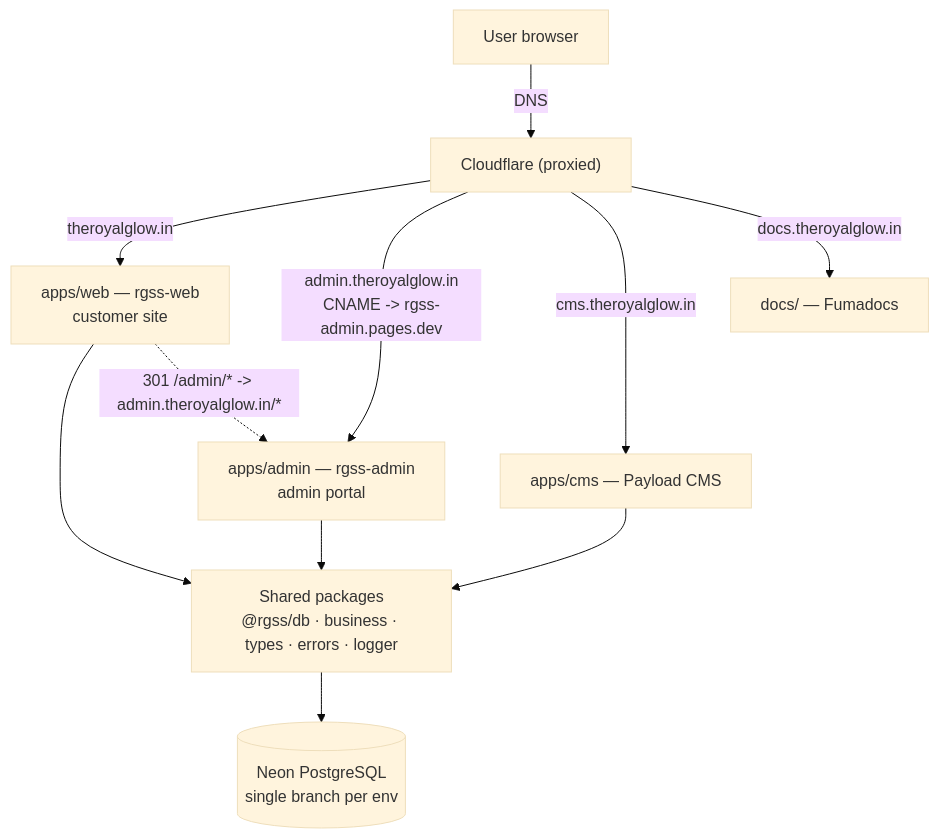
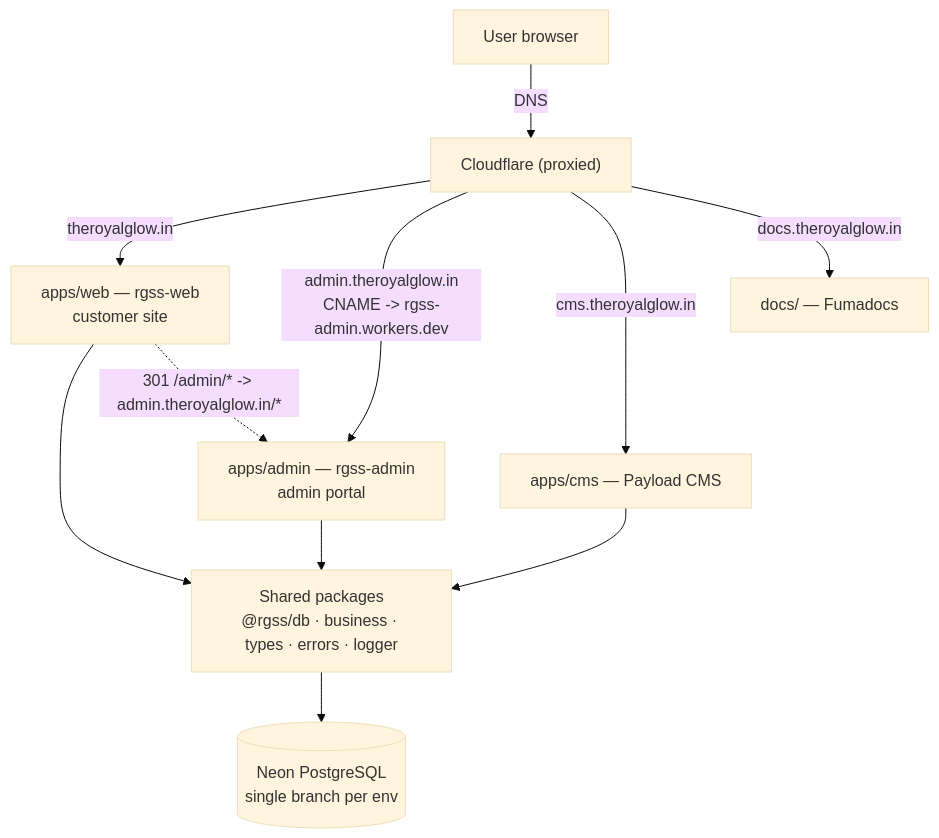
Before and after one commit to royalglowsalonspa/theroyalglow-webapp: the first of 5 diagrams in .kiro/specs/admin-subdomain-migration/design.md, drawn with Mermaid (base theme). The commit also changed other lines of this file and 54 other files, not shown here.

Commit message:
docs: align docs to codebase (Cloud Run invoicing, Workers/OpenNext, admin root-path, Next 16.2.9, 6 packages)

````diff
--- a/.kiro/specs/admin-subdomain-migration/design.md
+++ b/.kiro/specs/admin-subdomain-migration/design.md
@@ -77,17 +77,17 @@
 ```mermaid
 graph TD
   U["User browser"] -->|"DNS"| CF["Cloudflare (proxied)"]
 
   CF -->|"theroyalglow.in"| WEB["apps/web — rgss-web<br/>customer site"]
-  CF -->|"admin.theroyalglow.in<br/>CNAME -> rgss-admin.pages.dev"| ADM["apps/admin — rgss-admin<br/>admin portal"]
+  CF -->|"admin.theroyalglow.in<br/>CNAME -> rgss-admin.workers.dev"| ADM["apps/admin — rgss-admin<br/>admin portal"]
   CF -->|"cms.theroyalglow.in"| CMS["apps/cms — Payload CMS"]
   CF -->|"docs.theroyalglow.in"| DOCS["docs/ — Fumadocs"]
 
   WEB --> PKGS["Shared packages<br/>@rgss/db · business · types · errors · logger"]
   ADM --> PKGS
   CMS --> PKGS
 
   PKGS --> NEON[("Neon PostgreSQL<br/>single branch per env")]
 
   WEB -.->|"301 /admin/* -> admin.theroyalglow.in/*"| ADM
 ```
````
